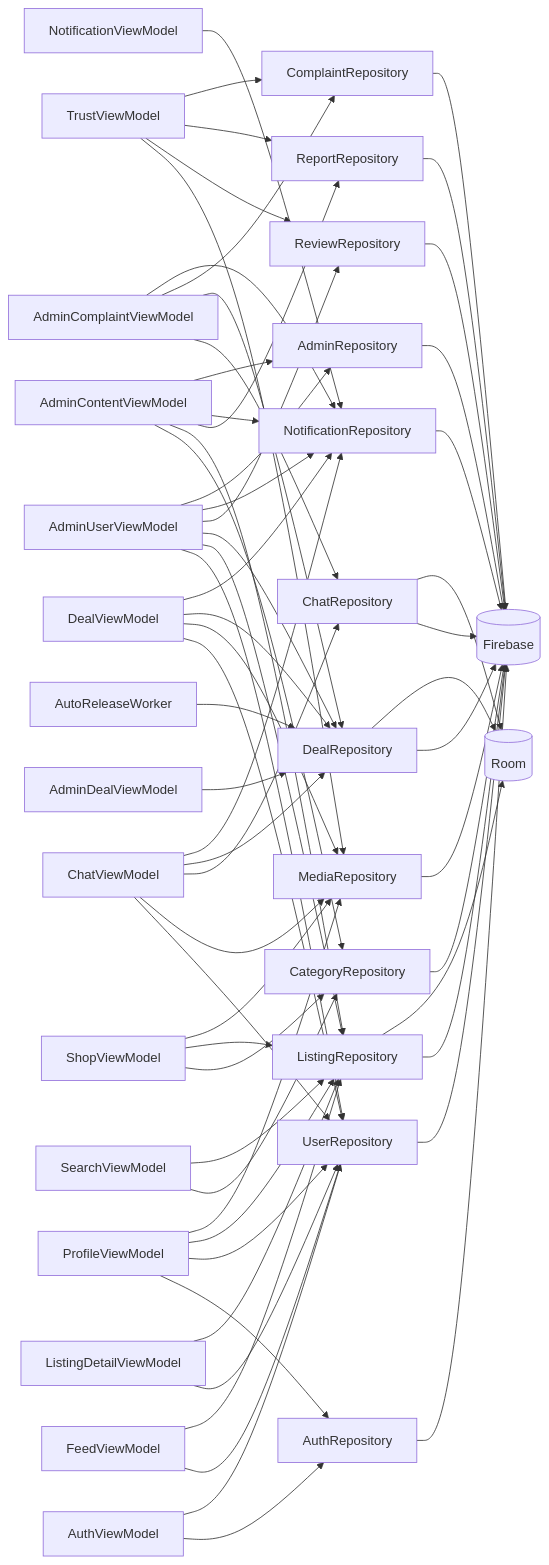
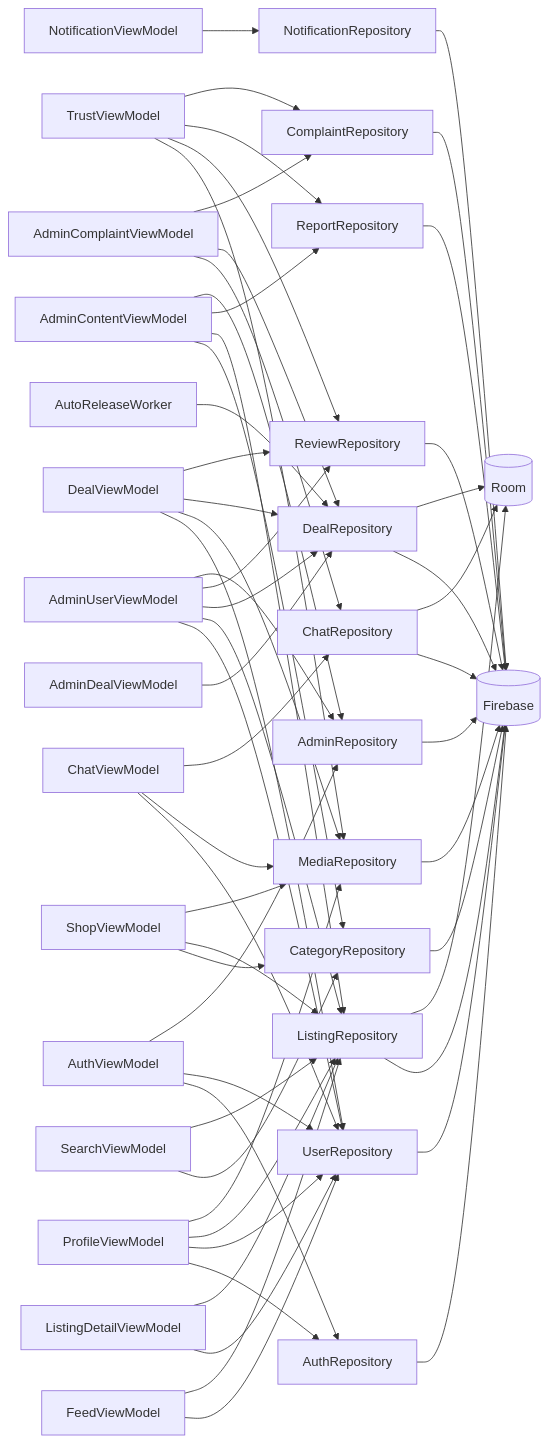
One commit to tahpnart8/NHOM3-MobileApp changed the diagram in workflow/docs/architecture/thanh-phan.md. Above: the diagram before and after it, drawn with Mermaid. The commit also changed other lines of this file and 116 other files, not shown here.

````diff
--- a/workflow/docs/architecture/thanh-phan.md
+++ b/workflow/docs/architecture/thanh-phan.md
@@ -64,64 +64,60 @@
 ```mermaid
 flowchart LR
     AuthViewModel --> AuthRepository
     AuthViewModel --> UserRepository
+    AuthViewModel --> AdminRepository
     ProfileViewModel --> AuthRepository
     ProfileViewModel --> UserRepository
     ProfileViewModel --> ListingRepository
     ProfileViewModel --> MediaRepository
     ShopViewModel --> CategoryRepository
     ShopViewModel --> ListingRepository
     ShopViewModel --> MediaRepository
     FeedViewModel --> UserRepository
     FeedViewModel --> ListingRepository
     SearchViewModel --> CategoryRepository
     SearchViewModel --> ListingRepository
     ListingDetailViewModel --> UserRepository
     ListingDetailViewModel --> ListingRepository
     ChatViewModel --> UserRepository
     ChatViewModel --> MediaRepository
     ChatViewModel --> ChatRepository
-    ChatViewModel --> DealRepository
-    ChatViewModel --> NotificationRepository
     DealViewModel --> UserRepository
     DealViewModel --> MediaRepository
     DealViewModel --> DealRepository
-    DealViewModel --> NotificationRepository
+    DealViewModel --> ReviewRepository
     TrustViewModel --> MediaRepository
     TrustViewModel --> ReviewRepository
     TrustViewModel --> ReportRepository
     TrustViewModel --> ComplaintRepository
     NotificationViewModel --> NotificationRepository
     AdminUserViewModel --> UserRepository
     AdminUserViewModel --> ListingRepository
     AdminUserViewModel --> DealRepository
     AdminUserViewModel --> ReviewRepository
-    AdminUserViewModel --> NotificationRepository
     AdminUserViewModel --> AdminRepository
     AdminContentViewModel --> CategoryRepository
     AdminContentViewModel --> ListingRepository
     AdminContentViewModel --> ReportRepository
-    AdminContentViewModel --> NotificationRepository
     AdminContentViewModel --> AdminRepository
     AdminDealViewModel --> DealRepository
     AdminComplaintViewModel --> ChatRepository
     AdminComplaintViewModel --> DealRepository
     AdminComplaintViewModel --> ComplaintRepository
-    AdminComplaintViewModel --> NotificationRepository
     AutoReleaseWorker --> DealRepository
     AuthRepository --> FB[(Firebase)]
     UserRepository --> FB[(Firebase)]
     CategoryRepository --> FB[(Firebase)]
     ListingRepository --> FB[(Firebase)]
     ListingRepository --> RM[(Room)]
     MediaRepository --> FB[(Firebase)]
     ChatRepository --> FB[(Firebase)]
     ChatRepository --> RM[(Room)]
     DealRepository --> FB[(Firebase)]
     DealRepository --> RM[(Room)]
     ReviewRepository --> FB[(Firebase)]
     ReportRepository --> FB[(Firebase)]
     ComplaintRepository --> FB[(Firebase)]
     NotificationRepository --> FB[(Firebase)]
     AdminRepository --> FB[(Firebase)]
 ```
````
